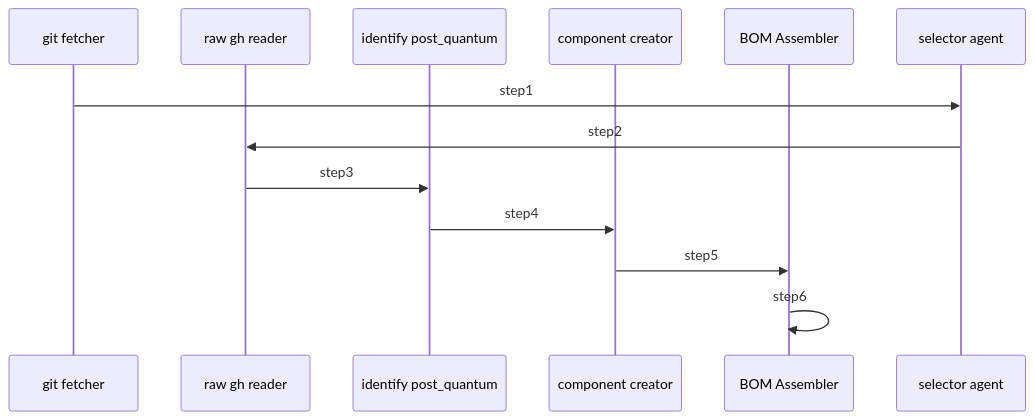
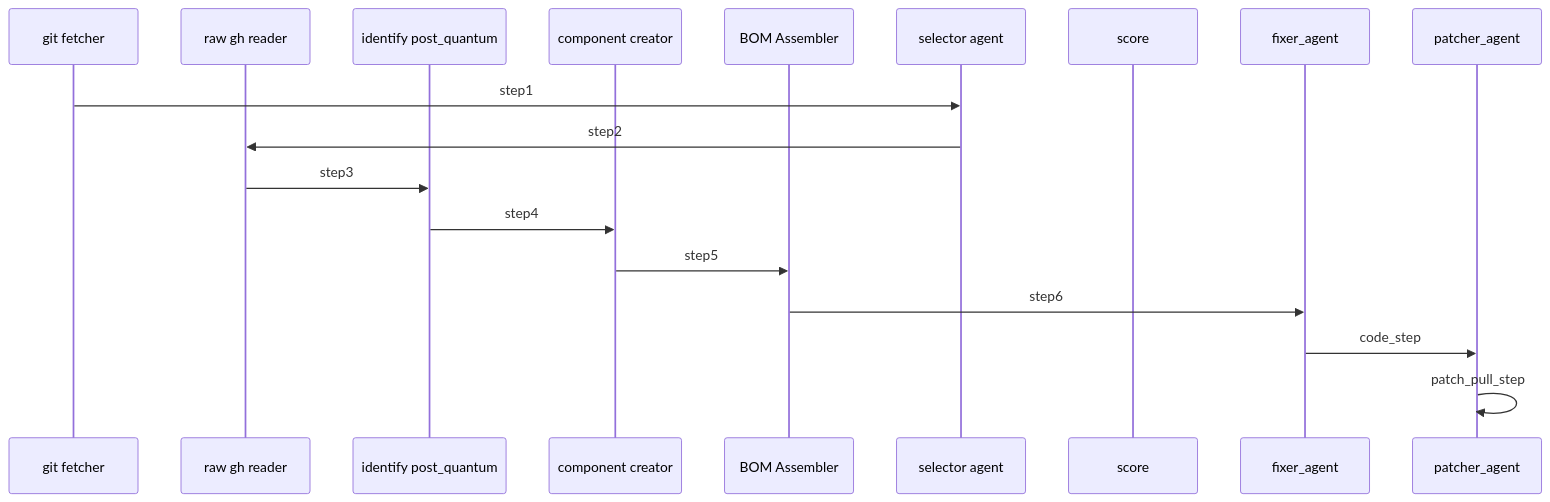
The diagram in demos/workflows/cbom.ai/README.md (maximilien/maestro), drawn with Mermaid before and after one commit. The commit also changed 3 other files, not shown here.

````diff
--- a/demos/workflows/cbom.ai/README.md
+++ b/demos/workflows/cbom.ai/README.md
@@ -90,15 +90,20 @@
 ```mermaid
 sequenceDiagram
 participant git fetcher
 participant raw gh reader
 participant identify post_quantum
 participant component creator
 participant BOM Assembler
 participant selector agent
+participant score
+participant fixer_agent
+participant patcher_agent
 git fetcher->>selector agent: step1
 selector agent->>raw gh reader: step2
 raw gh reader->>identify post_quantum: step3
 identify post_quantum->>component creator: step4
 component creator->>BOM Assembler: step5
-BOM Assembler->>BOM Assembler: step6
+BOM Assembler->>fixer_agent: step6
+fixer_agent->>patcher_agent: code_step
+patcher_agent->>patcher_agent: patch_pull_step
 ```
````
